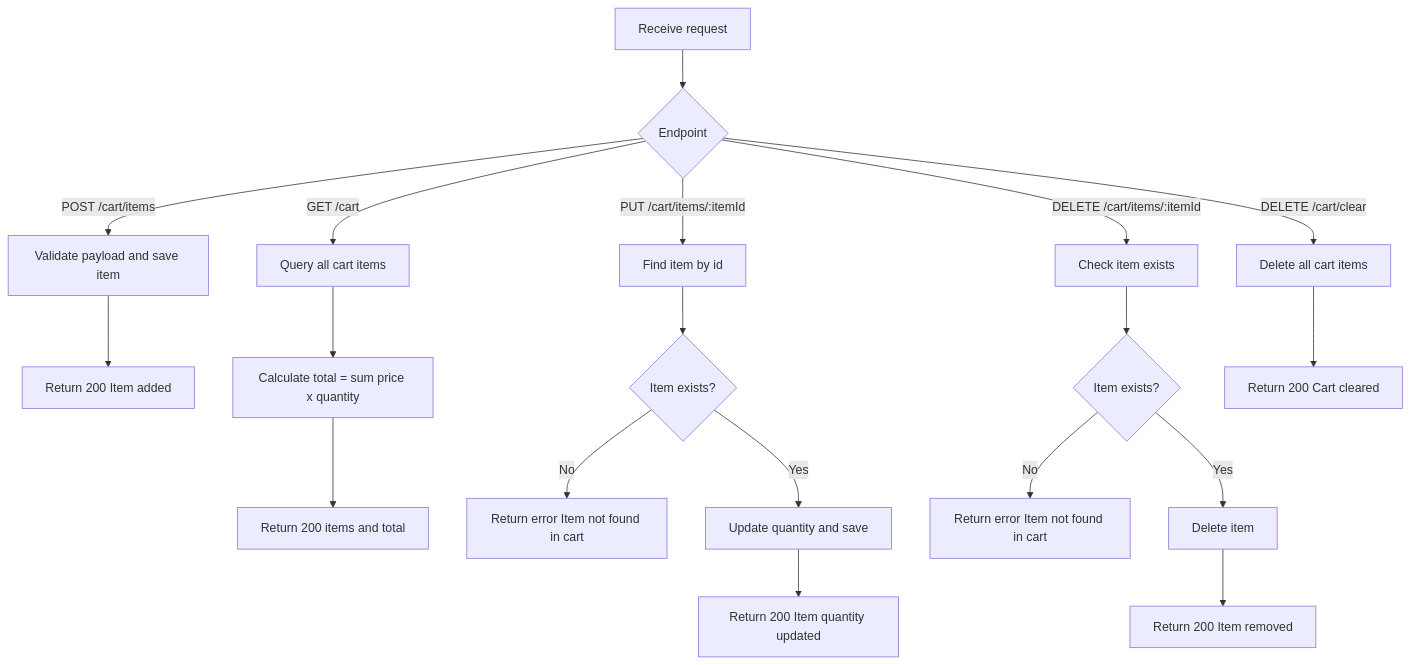
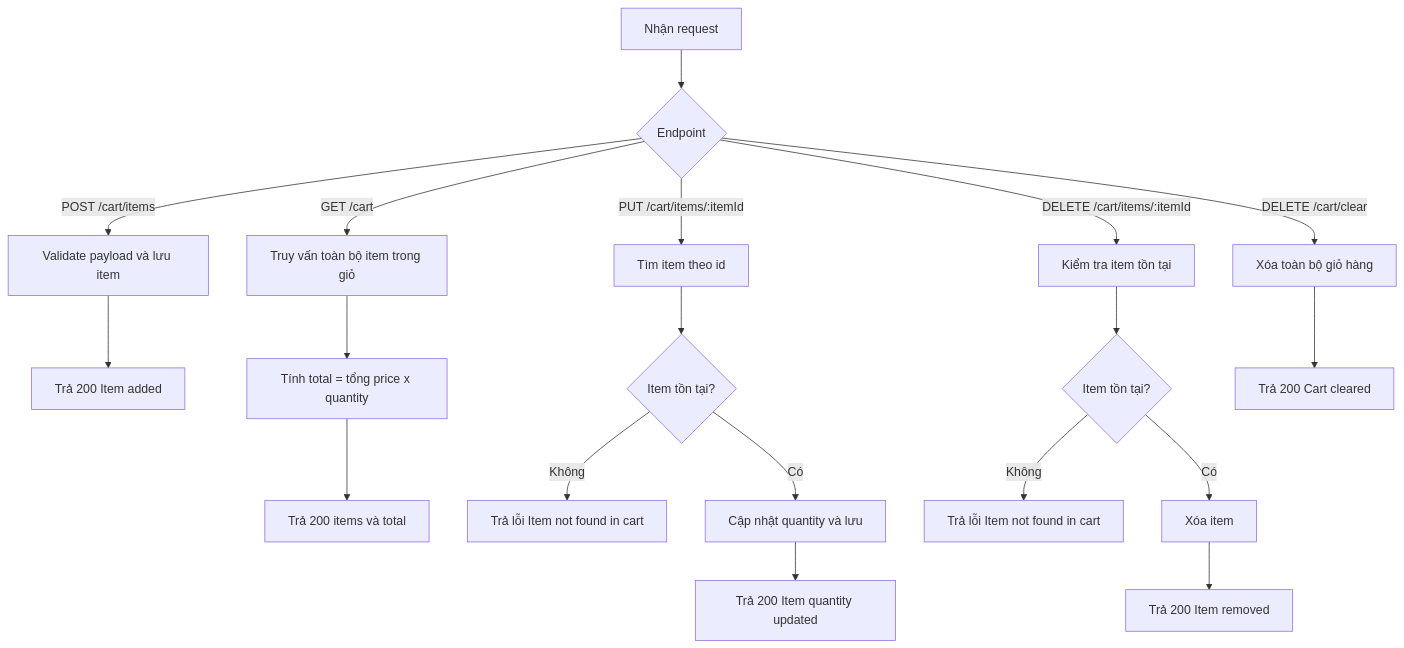
The fourth of 6 diagrams in docs/analysis-and-design.md (Dung1409/mid---proj), drawn with Mermaid before and after one commit. The commit also changed other lines of this file, not shown here.

````diff
--- a/docs/analysis-and-design.md
+++ b/docs/analysis-and-design.md
@@ -270,25 +270,25 @@
 ```mermaid
 flowchart TD
-    A[Receive request] --> B{Endpoint}
-    B -->|POST /cart/items| C[Validate payload and save item]
-    C --> D[Return 200 Item added]
+    A[Nhận request] --> B{Endpoint}
+    B -->|POST /cart/items| C[Validate payload và lưu item]
+    C --> D[Trả 200 Item added]
 
-    B -->|GET /cart| E[Query all cart items]
-    E --> F[Calculate total = sum price x quantity]
-    F --> G[Return 200 items and total]
+    B -->|GET /cart| E[Truy vấn toàn bộ item trong giỏ]
+    E --> F[Tính total = tổng price x quantity]
+    F --> G[Trả 200 items và total]
 
-    B -->|PUT /cart/items/:itemId| H[Find item by id]
-    H --> I{Item exists?}
-    I -->|No| J[Return error Item not found in cart]
-    I -->|Yes| K[Update quantity and save]
-    K --> L[Return 200 Item quantity updated]
+    B -->|PUT /cart/items/:itemId| H[Tìm item theo id]
+    H --> I{Item tồn tại?}
+    I -->|Không| J[Trả lỗi Item not found in cart]
+    I -->|Có| K[Cập nhật quantity và lưu]
+    K --> L[Trả 200 Item quantity updated]
 
-    B -->|DELETE /cart/items/:itemId| M[Check item exists]
-    M --> N{Item exists?}
-    N -->|No| O[Return error Item not found in cart]
-    N -->|Yes| P[Delete item]
-    P --> Q[Return 200 Item removed]
+    B -->|DELETE /cart/items/:itemId| M[Kiểm tra item tồn tại]
+    M --> N{Item tồn tại?}
+    N -->|Không| O[Trả lỗi Item not found in cart]
+    N -->|Có| P[Xóa item]
+    P --> Q[Trả 200 Item removed]
 
-    B -->|DELETE /cart/clear| R[Delete all cart items]
-    R --> S[Return 200 Cart cleared]
+    B -->|DELETE /cart/clear| R[Xóa toàn bộ giỏ hàng]
+    R --> S[Trả 200 Cart cleared]
 ```
````
